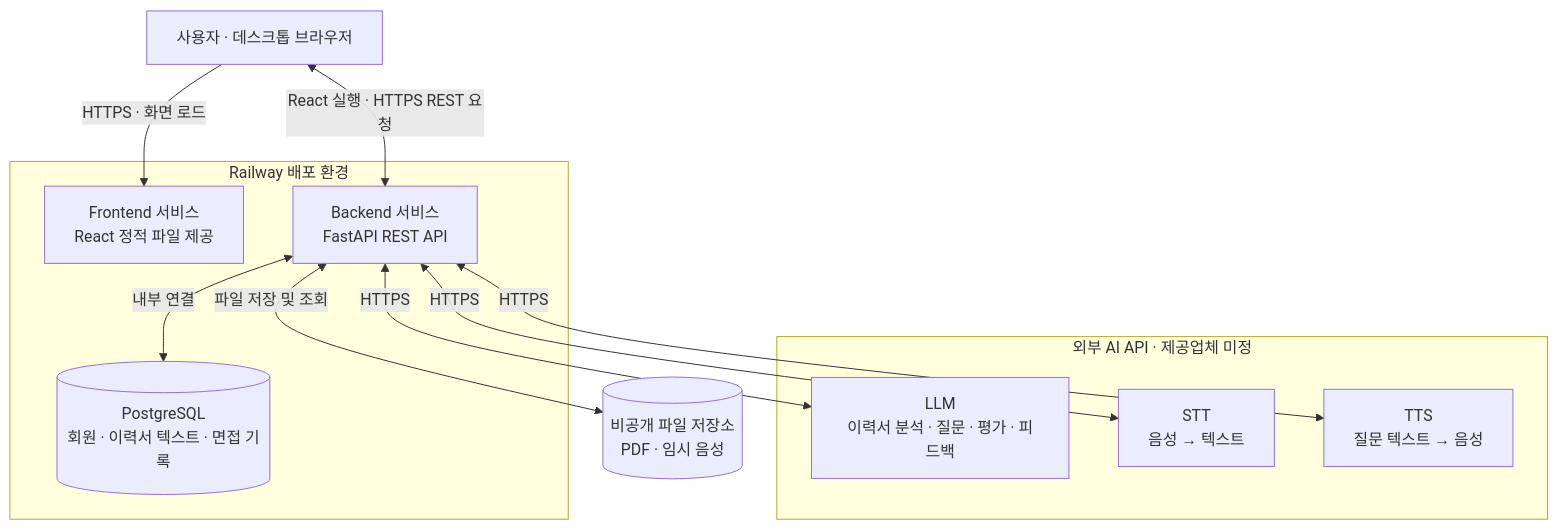
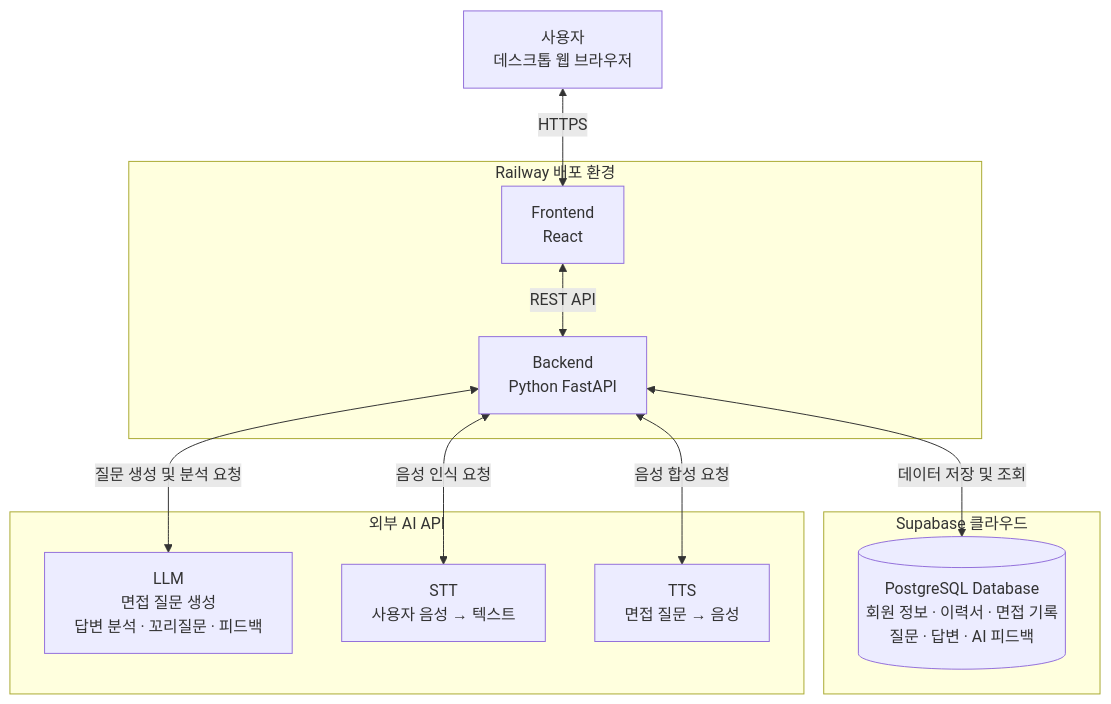
The first of 3 diagrams in 설계/시스템_아키텍처.md (dkstjdwo/ansim-ai-personal), drawn with Mermaid before and after one commit. The commit also changed other lines of this file and 4 other files, not shown here.

````diff
--- a/설계/시스템_아키텍처.md
+++ b/설계/시스템_아키텍처.md
@@ -9,22 +9,28 @@
 ```mermaid
+
 flowchart TB
-    U[사용자 · 데스크톱 브라우저]
-    subgraph Railway[Railway 배포 환경]
-        FE[Frontend 서비스<br/>React 정적 파일 제공]
-        BE[Backend 서비스<br/>FastAPI REST API]
-        DB[(PostgreSQL<br/>회원 · 이력서 텍스트 · 면접 기록)]
+    U["사용자<br/>데스크톱 웹 브라우저"]
+
+    subgraph Railway["Railway 배포 환경"]
+        FE["Frontend<br/>React"]
+        BE["Backend<br/>Python FastAPI"]
     end
-    FS[(비공개 파일 저장소<br/>PDF · 임시 음성)]
-    subgraph AI[외부 AI API · 제공업체 미정]
-        LLM[LLM<br/>이력서 분석 · 질문 · 평가 · 피드백]
-        STT[STT<br/>음성 → 텍스트]
-        TTS[TTS<br/>질문 텍스트 → 음성]
+
+    subgraph Supabase["Supabase 클라우드"]
+        DB[("PostgreSQL Database<br/>회원 정보 · 이력서 · 면접 기록<br/>질문 · 답변 · AI 피드백")]
     end
-    U -->|HTTPS · 화면 로드| FE
-    U <-->|React 실행 · HTTPS REST 요청| BE
-    BE <-->|내부 연결| DB
-    BE <-->|파일 저장 및 조회| FS
-    BE <-->|HTTPS| LLM
-    BE <-->|HTTPS| STT
-    BE <-->|HTTPS| TTS
+
+    subgraph AI["외부 AI API"]
+        LLM["LLM<br/>면접 질문 생성<br/>답변 분석 · 꼬리질문 · 피드백"]
+        STT["STT<br/>사용자 음성 → 텍스트"]
+        TTS["TTS<br/>면접 질문 → 음성"]
+    end
+
+    U <-->|HTTPS| FE
+    FE <-->|REST API| BE
+
+    BE <-->|데이터 저장 및 조회| DB
+    BE <-->|질문 생성 및 분석 요청| LLM
+    BE <-->|음성 인식 요청| STT
+    BE <-->|음성 합성 요청| TTS
 ```
````
